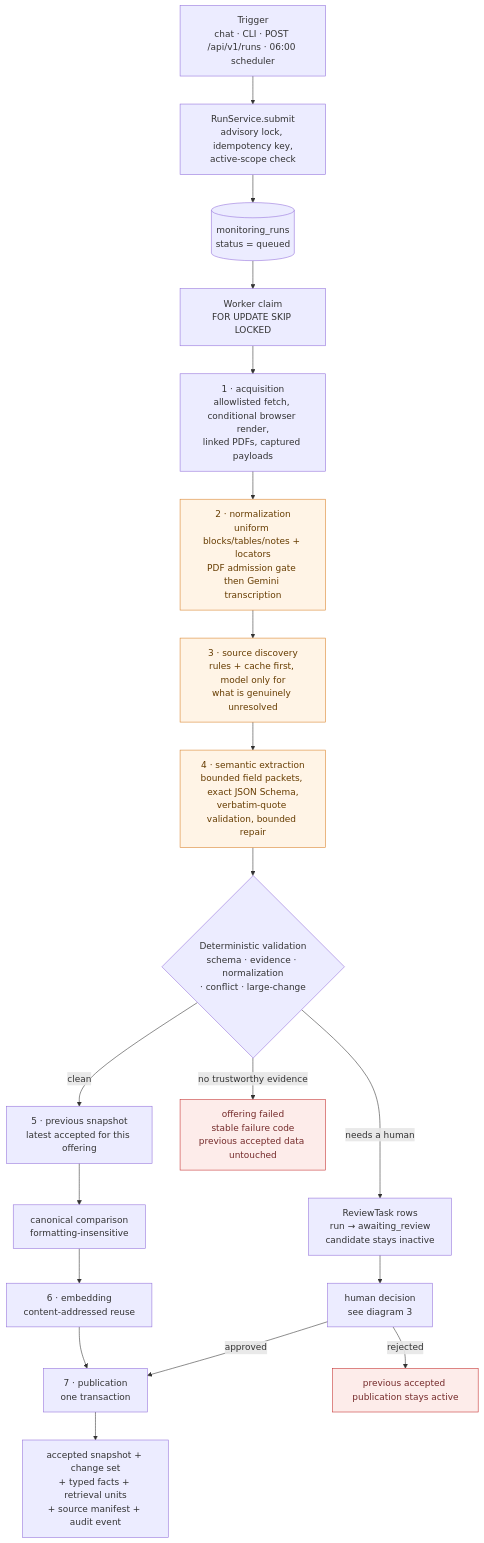
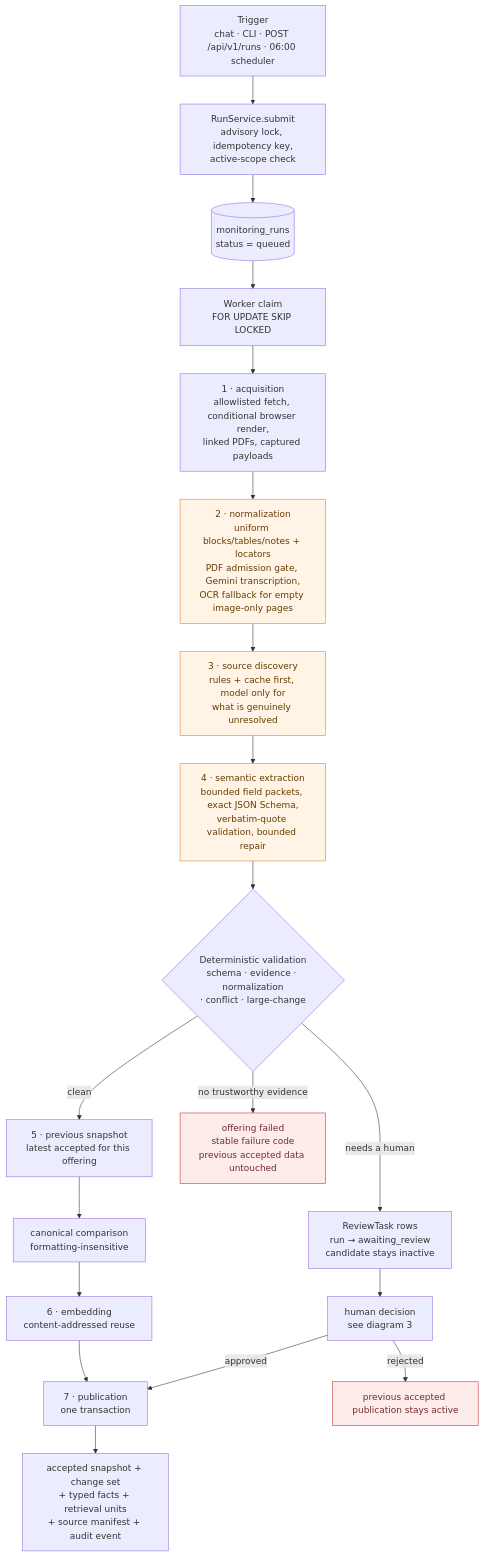
The second of 4 diagrams in docs/architecture-diagram.md (celineFar/bank-tariff-monitoring-agent), drawn with Mermaid before and after one commit. The commit also changed other lines of this file and 32 other files, not shown here.

First line of the commit message:
Read scanned pages the text layer leaves empty

````diff
--- a/docs/architecture-diagram.md
+++ b/docs/architecture-diagram.md
@@ -101,35 +102,35 @@
 ```mermaid
 flowchart TD
     TRIG["Trigger<br/>chat · CLI · POST /api/v1/runs · 06:00 scheduler"]
     SUBMIT["RunService.submit<br/>advisory lock, idempotency key,<br/>active-scope check"]
     Q[("monitoring_runs<br/>status = queued")]
     CLAIM["Worker claim<br/>FOR UPDATE SKIP LOCKED"]
 
     S1["1 · acquisition<br/>allowlisted fetch, conditional browser render,<br/>linked PDFs, captured payloads"]
-    S2["2 · normalization<br/>uniform blocks/tables/notes + locators<br/>PDF admission gate then Gemini transcription"]
+    S2["2 · normalization<br/>uniform blocks/tables/notes + locators<br/>PDF admission gate, Gemini transcription,<br/>OCR fallback for empty image-only pages"]
     S3["3 · source discovery<br/>rules + cache first, model only for<br/>what is genuinely unresolved"]
     S4["4 · semantic extraction<br/>bounded field packets, exact JSON Schema,<br/>verbatim-quote validation, bounded repair"]
     S5["5 · previous snapshot<br/>latest accepted for this offering"]
     S6["6 · embedding<br/>content-addressed reuse"]
     S7["7 · publication<br/>one transaction"]
     VAL{"Deterministic validation<br/>schema · evidence · normalization<br/>· conflict · large-change"}
 
     TRIG --> SUBMIT --> Q --> CLAIM --> S1
     S1 --> S2 --> S3 --> S4 --> VAL
     VAL -->|clean| S5
     VAL -->|needs a human| REV["ReviewTask rows<br/>run → awaiting_review<br/>candidate stays inactive"]
     VAL -->|no trustworthy evidence| FAIL["offering failed<br/>stable failure code<br/>previous accepted data untouched"]
 
     S5 --> DIFF["canonical comparison<br/>formatting-insensitive"]
     DIFF --> S6 --> S7
     S7 --> OUT["accepted snapshot + change set<br/>+ typed facts + retrieval units<br/>+ source manifest + audit event"]
 
     REV --> HUMAN["human decision<br/>see diagram 3"]
     HUMAN -->|approved| S7
     HUMAN -->|rejected| KEEP["previous accepted publication stays active"]
 
     classDef modelStage fill:#fff4e6,stroke:#d9822b,color:#663c00
     classDef bad fill:#fdecea,stroke:#c53030,color:#742a2a
     class S2,S3,S4 modelStage
     class FAIL,KEEP bad
 ```
````
